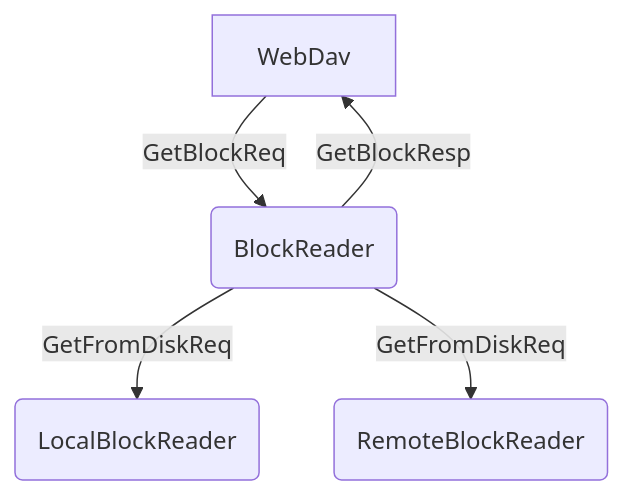
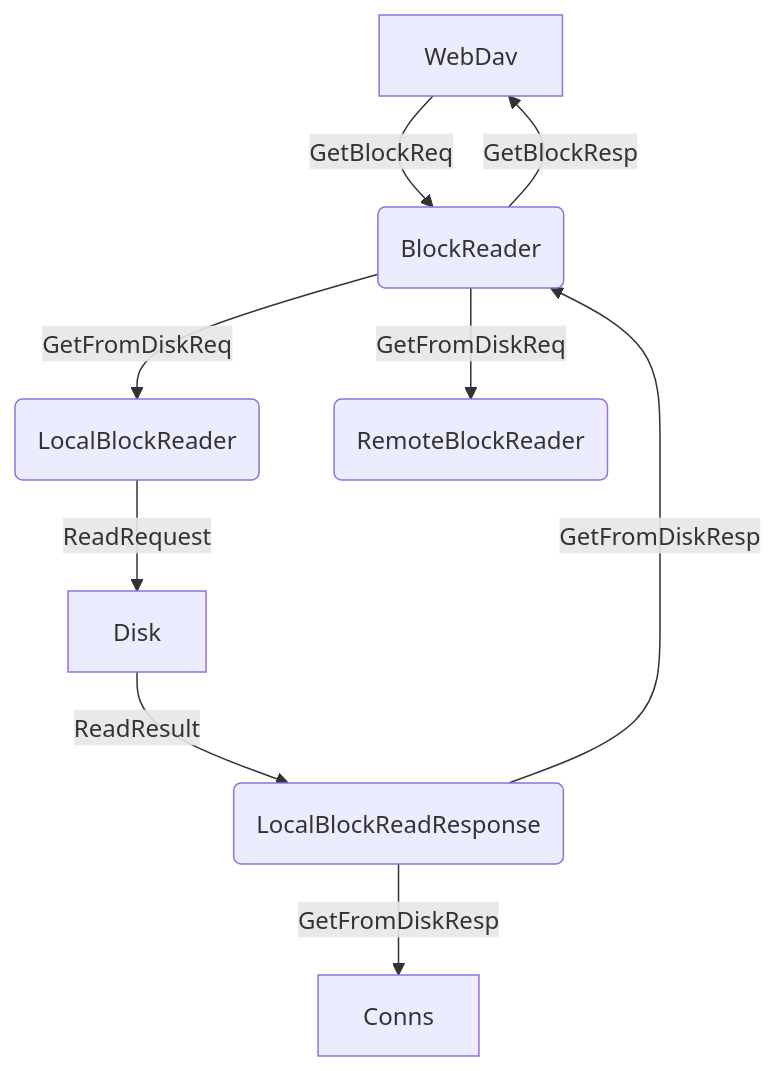
The diagram in pkg/blockreader/blockreader.mmd (roboadam/tealfs), drawn with Mermaid before and after one commit. The commit also changed 1 other file, not shown here.

```diff
--- a/pkg/blockreader/blockreader.mmd
+++ b/pkg/blockreader/blockreader.mmd
@@ -1,6 +1,10 @@
 flowchart TD
         A["WebDav"]
         A -->|GetBlockReq| B("BlockReader")
         B -->|GetBlockResp| A
         B -->|GetFromDiskReq| C("LocalBlockReader")
         B -->|GetFromDiskReq| D("RemoteBlockReader")
+        C -->|ReadRequest| E["Disk"]
+        E -->|ReadResult| F("LocalBlockReadResponse")
+        F -->|GetFromDiskResp| B
+        F -->|GetFromDiskResp| G["Conns"]
```
